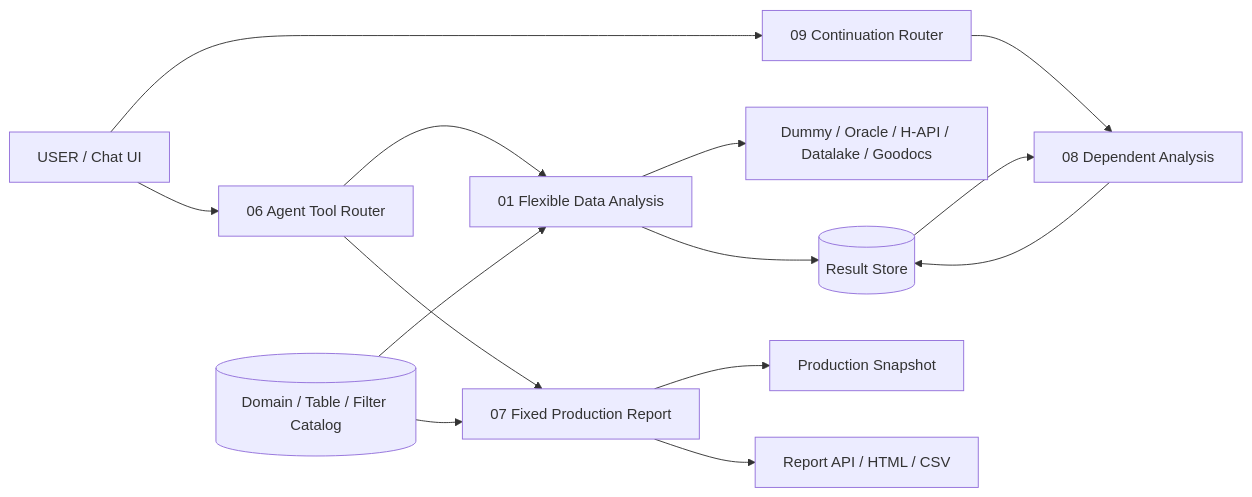
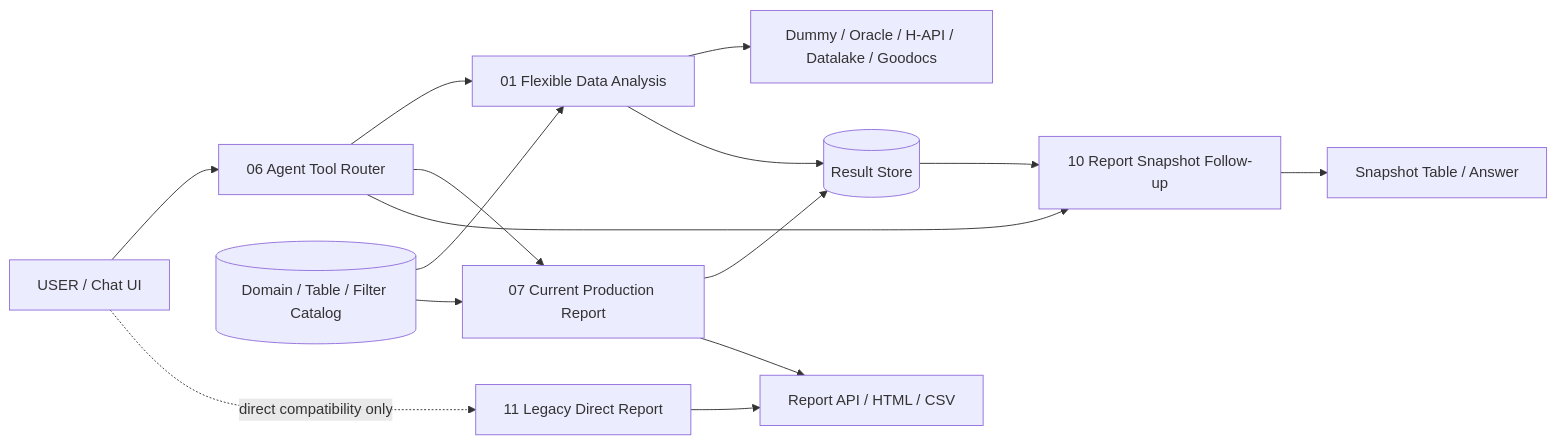
The second of 8 diagrams in docs/AGENT_INTRODUCTION_PPT_OUTLINE.md (bongG-moon/metadata_driven_v5), drawn with Mermaid before and after one commit. The commit also changed other lines of this file and 124 other files, not shown here.

Commit message:
Add Langflow 1.11 report follow-up flows

````diff
--- a/docs/AGENT_INTRODUCTION_PPT_OUTLINE.md
+++ b/docs/AGENT_INTRODUCTION_PPT_OUTLINE.md
@@ -169,20 +169,21 @@
 ```mermaid
 flowchart LR
     U[USER / Chat UI] --> G[06 Agent Tool Router]
-    U --> CR[09 Continuation Router]
 
     G --> F01[01 Flexible Data Analysis]
-    CR --> F08[08 Dependent Analysis]
-    G --> F07[07 Fixed Production Report]
+    G --> F07[07 Current Production Report]
+    G --> F10[10 Report Snapshot Follow-up]
+    U -. direct compatibility only .-> F11[11 Legacy Direct Report]
 
     META[(Domain / Table / Filter Catalog)] --> F01
     META --> F07
 
     F01 --> SRC[Dummy / Oracle / H-API / Datalake / Goodocs]
     F01 --> RS[(Result Store)]
-    F08 --> RS
-    RS --> F08
 
-    F07 --> SNAP[Production Snapshot]
+    F07 --> RS
+    RS --> F10
     F07 --> ART[Report API / HTML / CSV]
+    F10 --> OUT[Snapshot Table / Answer]
+    F11 --> ART
 ```
````
